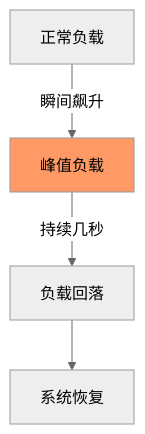
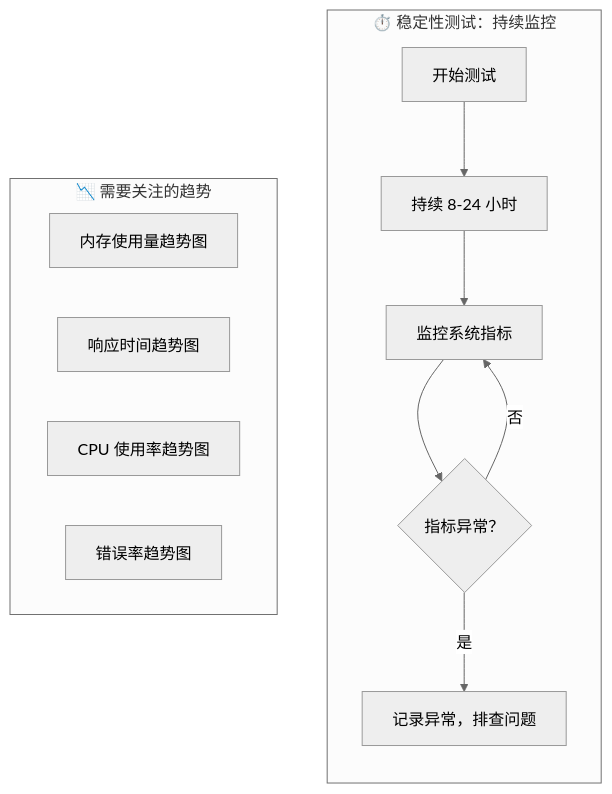
The seventh of 14 diagrams in articles/zh/nodejs-unit-performance-testing-guide.mdx (zhangshichuan/maxzhang.site), drawn with Mermaid (neutral theme) before and after one commit. The commit also changed other lines of this file and 1 other file, not shown here.

````diff
--- a/articles/zh/nodejs-unit-performance-testing-guide.mdx
+++ b/articles/zh/nodejs-unit-performance-testing-guide.mdx
@@ -282,7 +805,18 @@
 ```mermaid
 flowchart TD
-    A[正常负载] -->|瞬间飙升| B[峰值负载]
-    B -->|持续几秒| C[负载回落]
-    C --> D[系统恢复]
-    style B fill:#f96
+    subgraph 稳定性测试["⏱️ 稳定性测试：持续监控"]
+        direction TB
+        A[开始测试] --> B[持续 8-24 小时]
+        B --> C[监控系统指标]
+        C --> D{指标异常？}
+        D -->|否| C
+        D -->|是| E[记录异常，排查问题]
+    end
+
+    subgraph 关注指标["📉 需要关注的趋势"]
+        M1["内存使用量趋势图"]
+        M2["响应时间趋势图"]
+        M3["CPU 使用率趋势图"]
+        M4["错误率趋势图"]
+    end
 ```
````
